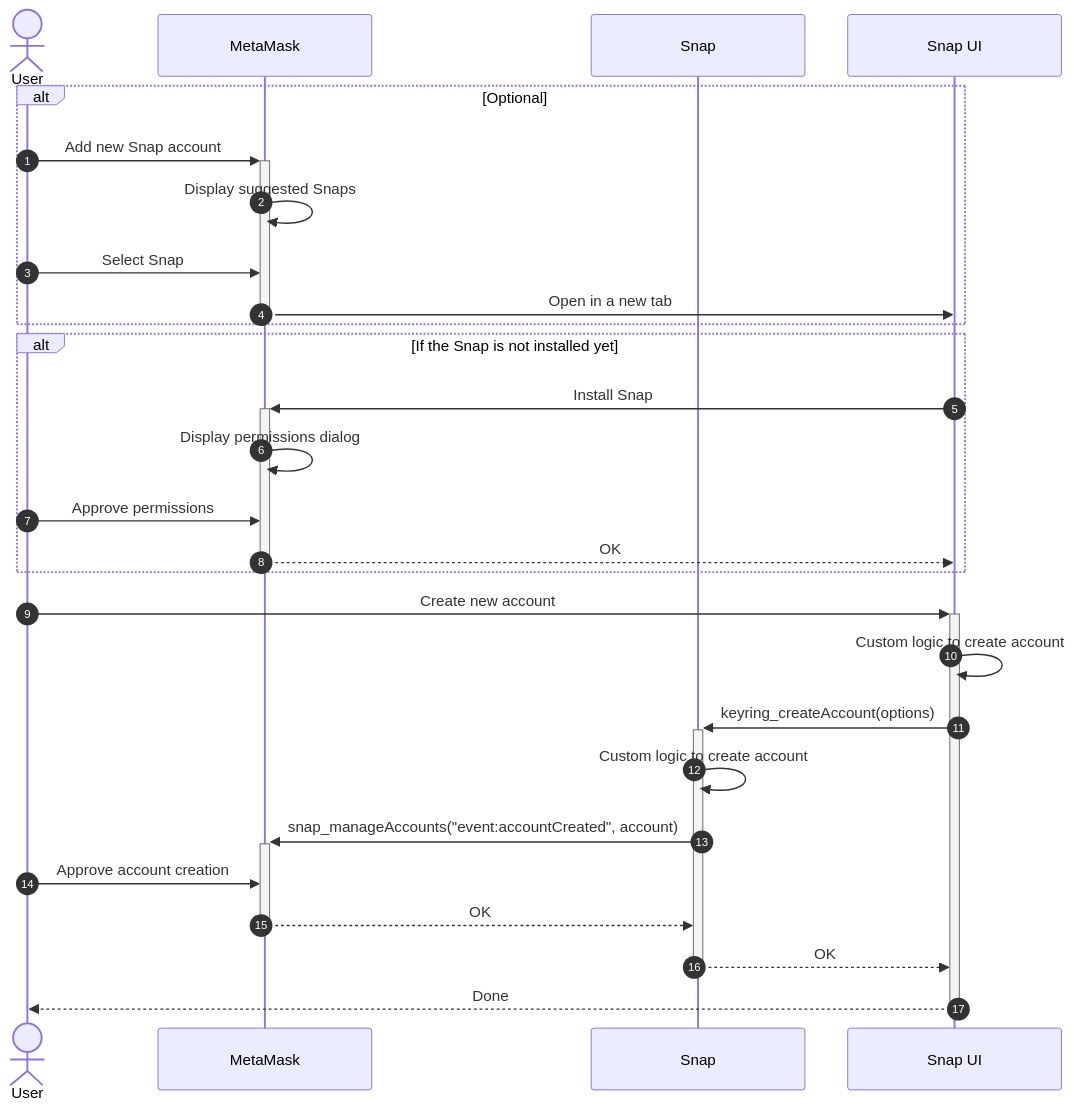
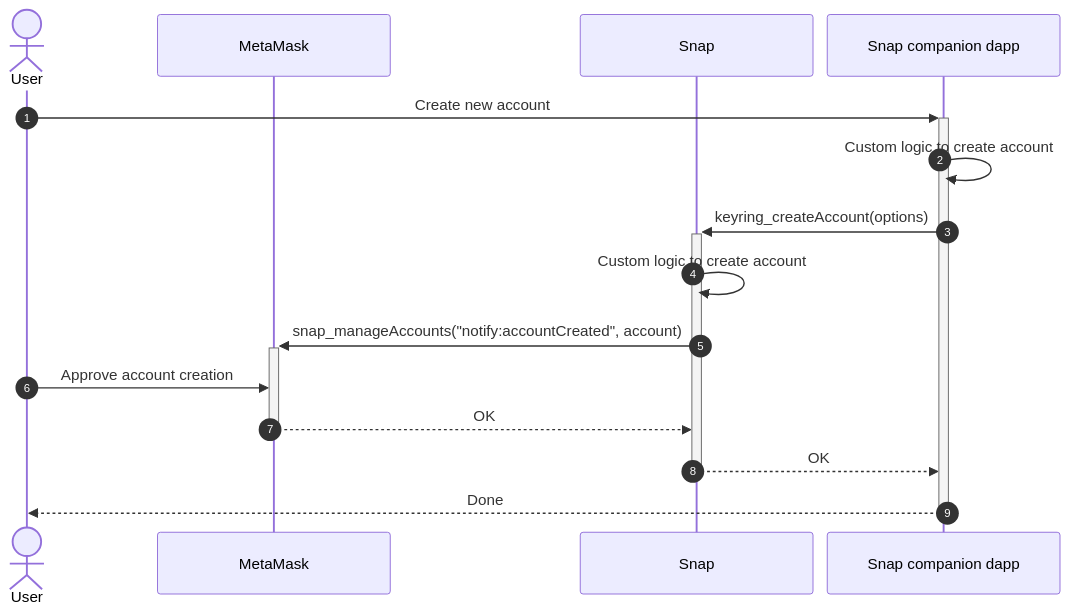
One commit to MetaMask/metamask-docs changed the third of 5 diagrams in snaps/concepts/keyring-api.md. Above: the diagram before and after it, drawn with Mermaid. The commit also changed other lines of this file and 12 other files, not shown here.

````diff
--- a/snaps/concepts/keyring-api.md
+++ b/snaps/concepts/keyring-api.md
@@ -84,43 +126,28 @@
 ```mermaid
 %%{
   init: {
     'sequence': {
-      'actorMargin': 25,
-      'width': 225
+      'actorMargin': 15,
+      'width': 245
     }
   }
 }%%
 
 sequenceDiagram
 autonumber
 
 actor User
 participant MetaMask
 participant Snap
-participant Site as Snap UI
-
-alt Optional
-  User ->>+ MetaMask: Add new Snap account
-  MetaMask ->> MetaMask: Display suggested Snaps
-  User ->> MetaMask: Select Snap
-  MetaMask ->> Site: Open in a new tab
-  deactivate MetaMask
-end
-
-alt If the Snap is not installed yet
-  Site ->>+ MetaMask: Install Snap
-  MetaMask ->> MetaMask: Display permissions dialog
-  User ->> MetaMask: Approve permissions
-  MetaMask -->>- Site: OK
-end
+participant Site as Snap companion dapp
 
 User ->>+ Site: Create new account
 Site ->> Site: Custom logic to create account
 Site ->>+ Snap: keyring_createAccount(options)
 Snap ->> Snap: Custom logic to create account
-Snap ->>+ MetaMask: snap_manageAccounts("event:accountCreated", account)
+Snap ->>+ MetaMask: snap_manageAccounts("notify:accountCreated", account)
 User ->> MetaMask: Approve account creation
 MetaMask -->>- Snap: OK
 Snap -->>- Site: OK
 Site -->>- User: Done
 ```
````
